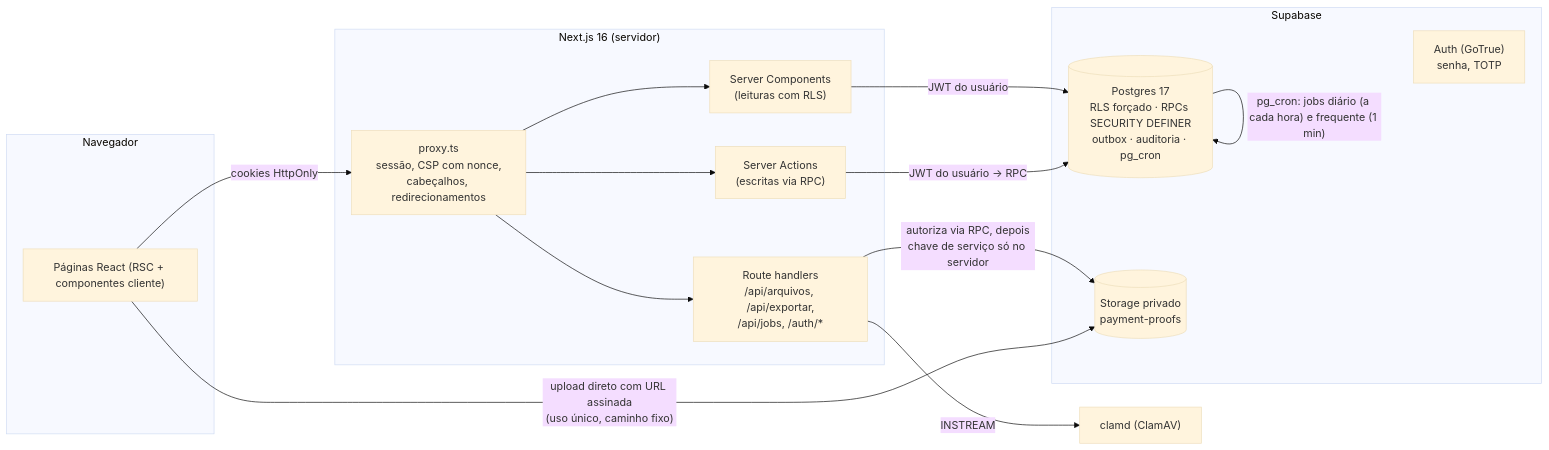
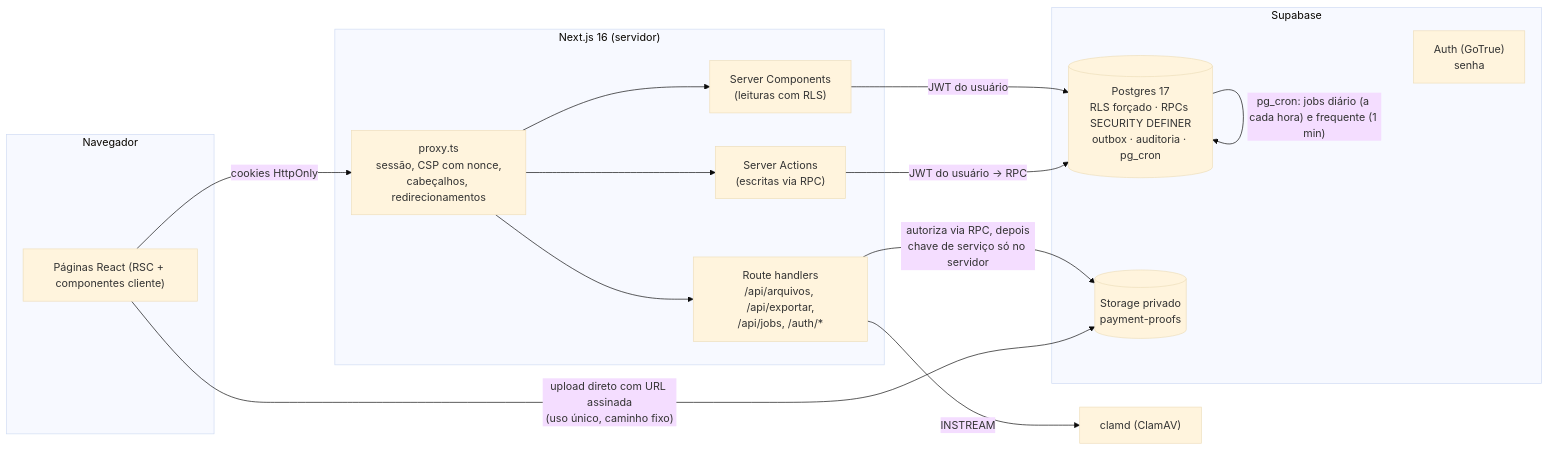
The diagram in docs/ARQUITETURA.md (johnatansilva127/cstennis), drawn with Mermaid (base theme) before and after one commit. The commit also changed other lines of this file and 13 other files, not shown here.

````diff
--- a/docs/ARQUITETURA.md
+++ b/docs/ARQUITETURA.md
@@ -5,26 +5,26 @@
 ```mermaid
 flowchart LR
   subgraph Navegador
     UI["Páginas React (RSC + componentes cliente)"]
   end
   subgraph App["Next.js 16 (servidor)"]
     PX["proxy.ts<br/>sessão, CSP com nonce,<br/>cabeçalhos, redirecionamentos"]
     RSC["Server Components<br/>(leituras com RLS)"]
     SA["Server Actions<br/>(escritas via RPC)"]
     API["Route handlers<br/>/api/arquivos, /api/exportar,<br/>/api/jobs, /auth/*"]
   end
   subgraph Supabase
-    AUTH["Auth (GoTrue)<br/>senha, TOTP"]
+    AUTH["Auth (GoTrue)<br/>senha"]
     PG[("Postgres 17<br/>RLS forçado · RPCs SECURITY DEFINER<br/>outbox · auditoria · pg_cron")]
     ST[("Storage privado<br/>payment-proofs")]
   end
   CLAM["clamd (ClamAV)"]
 
   UI -- "cookies HttpOnly" --> PX --> RSC & SA & API
   RSC -- "JWT do usuário" --> PG
   SA -- "JWT do usuário → RPC" --> PG
   API -- "autoriza via RPC, depois<br/>chave de serviço só no servidor" --> ST
   UI -- "upload direto com URL assinada<br/>(uso único, caminho fixo)" --> ST
   API -- "INSTREAM" --> CLAM
   PG -- "pg_cron: jobs diário (a cada hora) e frequente (1 min)" --> PG
 ```
````
